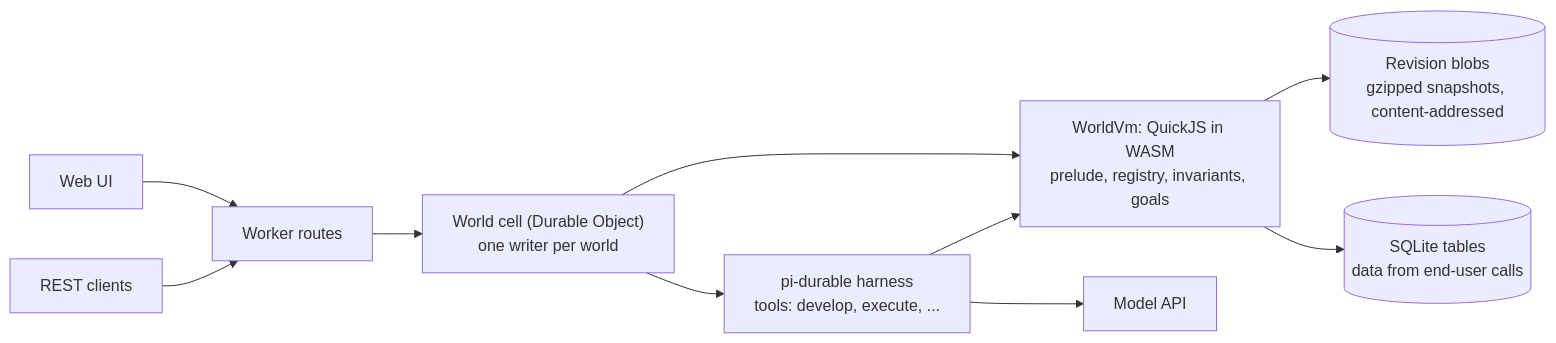
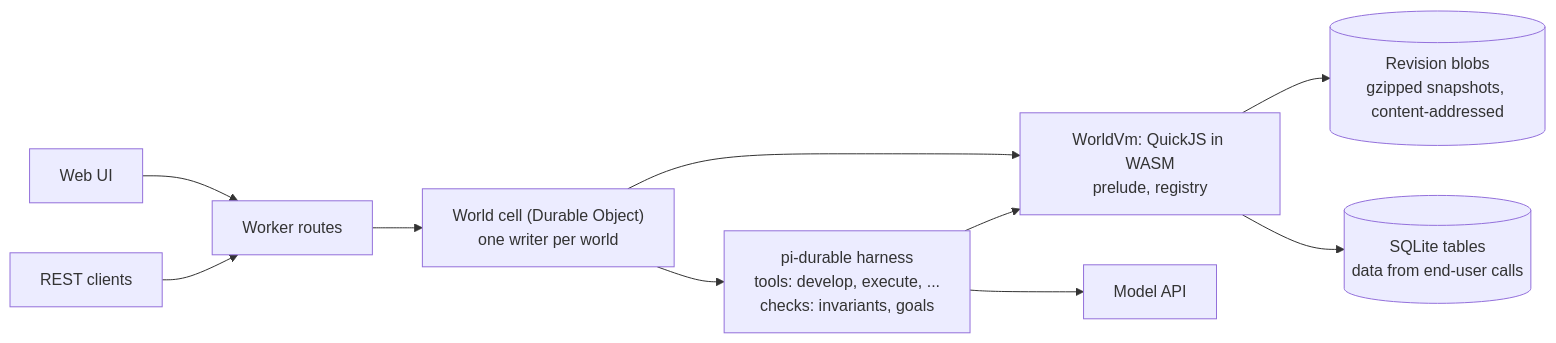
One commit to igouss/pi-world changed the first of 2 diagrams in README.md. Above: the diagram before and after it, drawn with Mermaid. The commit also changed other lines of this file and 6 other files, not shown here.

First line of the commit message:
world: keep checks outside the world

````diff
--- a/README.md
+++ b/README.md
@@ -151,12 +151,12 @@
 ```mermaid
 flowchart LR
     UI["Web UI"] --> W["Worker routes"]
     REST["REST clients"] --> W
     W --> C["World cell (Durable Object)<br/>one writer per world"]
-    C --> H["pi-durable harness<br/>tools: develop, execute, ..."]
-    C --> VM["WorldVm: QuickJS in WASM<br/>prelude, registry, invariants, goals"]
+    C --> H["pi-durable harness<br/>tools: develop, execute, ...<br/>checks: invariants, goals"]
+    C --> VM["WorldVm: QuickJS in WASM<br/>prelude, registry"]
     H --> VM
     H --> M["Model API"]
     VM --> B[("Revision blobs<br/>gzipped snapshots, content-addressed")]
     VM --> D[("SQLite tables<br/>data from end-user calls")]
 ```
````
